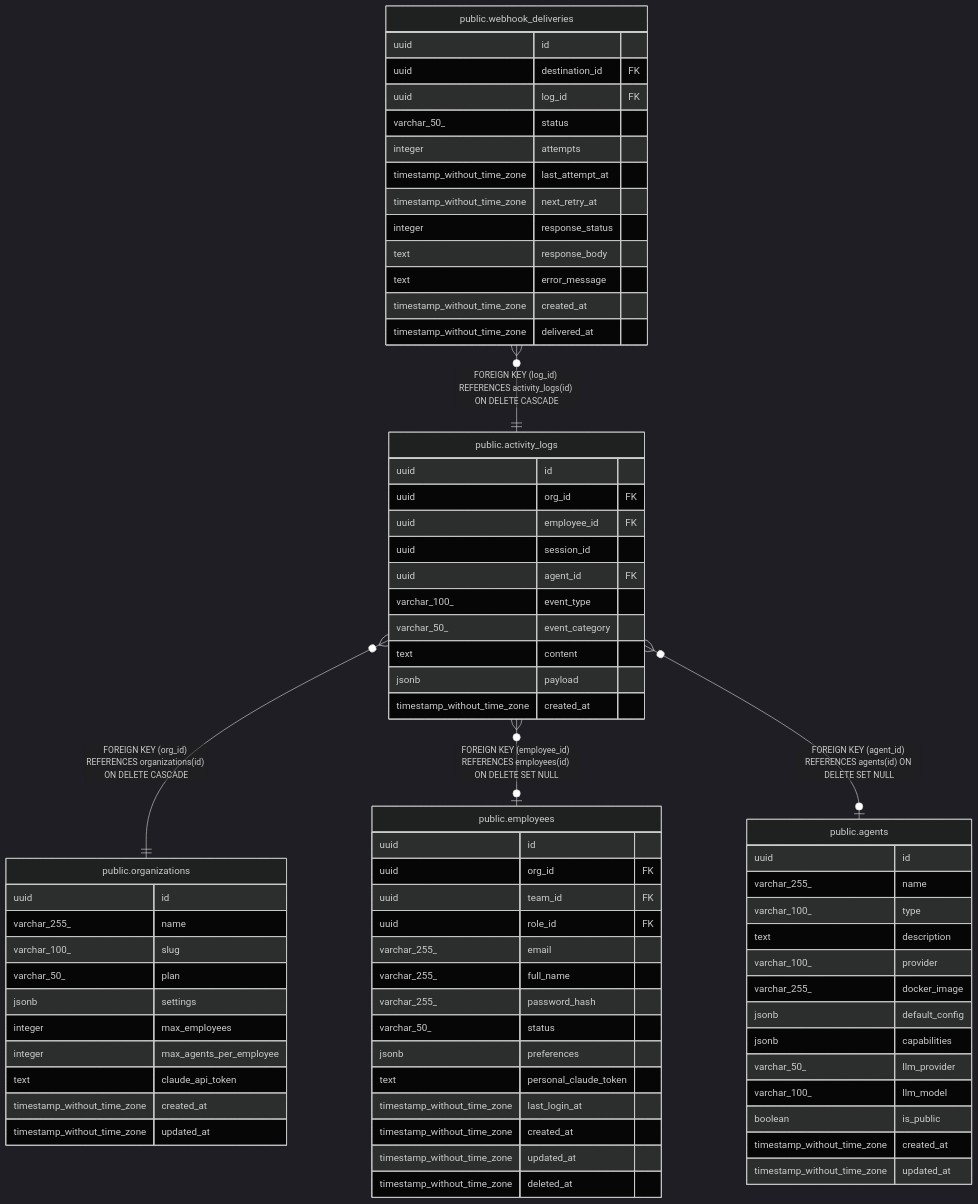
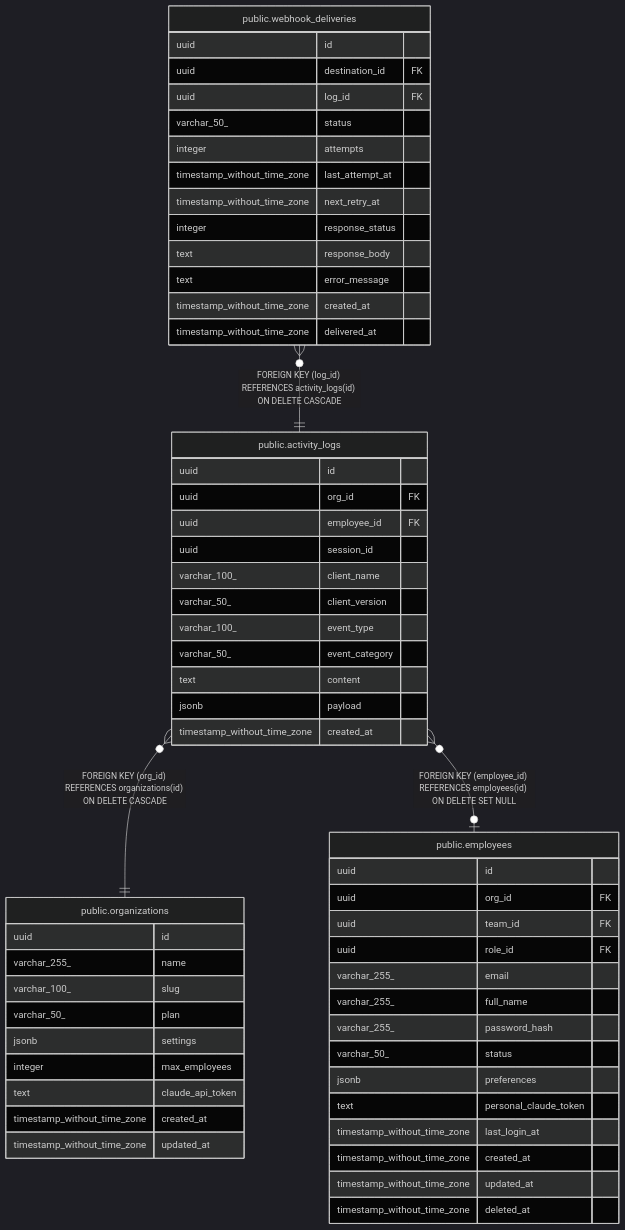
Before and after one commit to rastrigin-systems/arfa: the diagram in docs/public.activity_logs.md, drawn with Mermaid (dark theme). The commit also changed other lines of this file and 154 other files, not shown here.

First line of the commit message:
refactor: Pivot CLI from agent-sync to proxy-first architecture (#391)

````diff
--- a/docs/public.activity_logs.md
+++ b/docs/public.activity_logs.md
@@ -44,78 +45,62 @@
 ```mermaid
 erDiagram
 
 "public.webhook_deliveries" }o--|| "public.activity_logs" : "FOREIGN KEY (log_id) REFERENCES activity_logs(id) ON DELETE CASCADE"
 "public.activity_logs" }o--|| "public.organizations" : "FOREIGN KEY (org_id) REFERENCES organizations(id) ON DELETE CASCADE"
 "public.activity_logs" }o--o| "public.employees" : "FOREIGN KEY (employee_id) REFERENCES employees(id) ON DELETE SET NULL"
-"public.activity_logs" }o--o| "public.agents" : "FOREIGN KEY (agent_id) REFERENCES agents(id) ON DELETE SET NULL"
 
 "public.activity_logs" {
   uuid id
   uuid org_id FK
   uuid employee_id FK
   uuid session_id
-  uuid agent_id FK
+  varchar_100_ client_name
+  varchar_50_ client_version
   varchar_100_ event_type
   varchar_50_ event_category
   text content
   jsonb payload
   timestamp_without_time_zone created_at
 }
 "public.webhook_deliveries" {
   uuid id
   uuid destination_id FK
   uuid log_id FK
   varchar_50_ status
   integer attempts
   timestamp_without_time_zone last_attempt_at
   timestamp_without_time_zone next_retry_at
   integer response_status
   text response_body
   text error_message
   timestamp_without_time_zone created_at
   timestamp_without_time_zone delivered_at
 }
 "public.organizations" {
   uuid id
   varchar_255_ name
   varchar_100_ slug
   varchar_50_ plan
   jsonb settings
   integer max_employees
-  integer max_agents_per_employee
   text claude_api_token
   timestamp_without_time_zone created_at
   timestamp_without_time_zone updated_at
 }
 "public.employees" {
   uuid id
   uuid org_id FK
   uuid team_id FK
   uuid role_id FK
   varchar_255_ email
   varchar_255_ full_name
   varchar_255_ password_hash
   varchar_50_ status
   jsonb preferences
   text personal_claude_token
   timestamp_without_time_zone last_login_at
   timestamp_without_time_zone created_at
   timestamp_without_time_zone updated_at
   timestamp_without_time_zone deleted_at
 }
-"public.agents" {
-  uuid id
-  varchar_255_ name
-  varchar_100_ type
-  text description
-  varchar_100_ provider
-  varchar_255_ docker_image
-  jsonb default_config
-  jsonb capabilities
-  varchar_50_ llm_provider
-  varchar_100_ llm_model
-  boolean is_public
-  timestamp_without_time_zone created_at
-  timestamp_without_time_zone updated_at
-}
 ```
````
